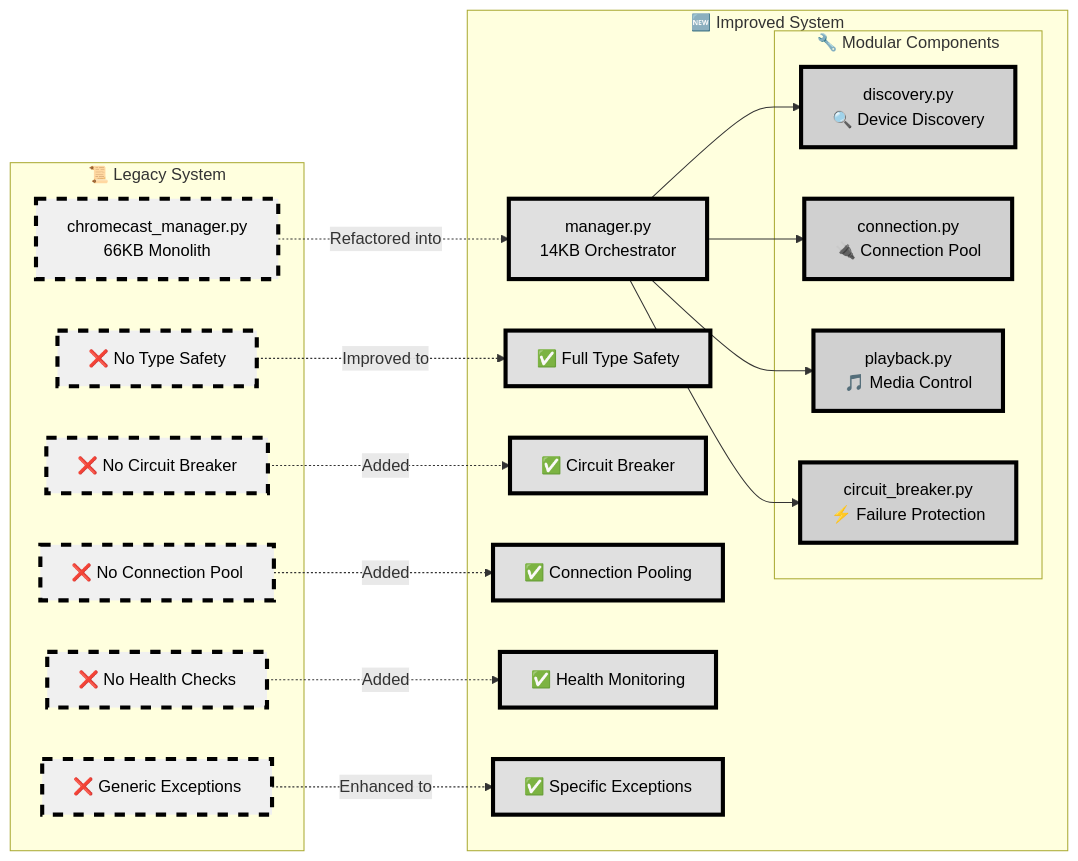
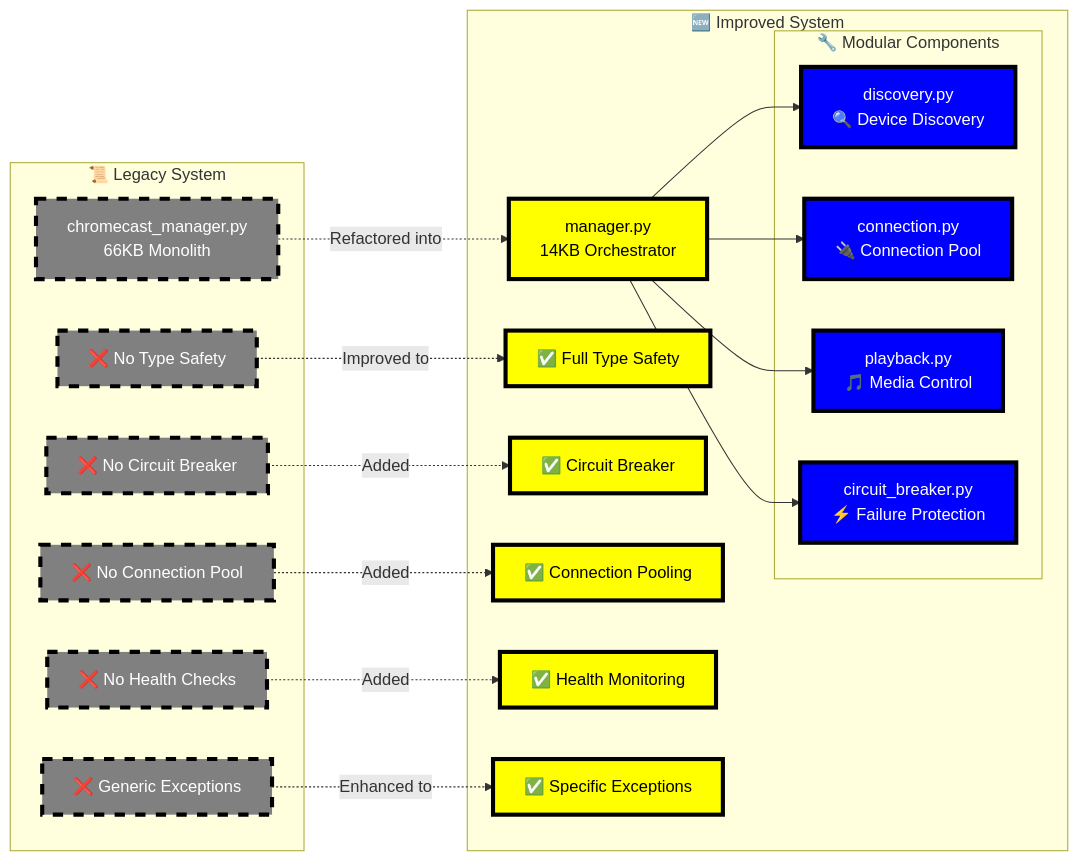
The fourth of 5 diagrams in ARCHITECTURE_MINDMAP.md (shenhab/Automated-Azan), drawn with Mermaid before and after one commit. The commit also changed other lines of this file, not shown here.

First line of the commit message:
Update architecture diagrams with vibrant color palette

````diff
--- a/ARCHITECTURE_MINDMAP.md
+++ b/ARCHITECTURE_MINDMAP.md
@@ -277,49 +277,49 @@
 ```mermaid
 graph LR
     subgraph "📜 Legacy System"
         L1[chromecast_manager.py<br/>66KB Monolith]
         L2[❌ No Type Safety]
         L3[❌ No Circuit Breaker]
         L4[❌ No Connection Pool]
         L5[❌ No Health Checks]
         L6[❌ Generic Exceptions]
     end
 
     subgraph "🆕 Improved System"
         N1[manager.py<br/>14KB Orchestrator]
         N2[✅ Full Type Safety]
         N3[✅ Circuit Breaker]
         N4[✅ Connection Pooling]
         N5[✅ Health Monitoring]
         N6[✅ Specific Exceptions]
 
         subgraph "🔧 Modular Components"
             M1[discovery.py<br/>🔍 Device Discovery]
             M2[connection.py<br/>🔌 Connection Pool]
             M3[playback.py<br/>🎵 Media Control]
             M4[circuit_breaker.py<br/>⚡ Failure Protection]
         end
     end
 
     L1 -.->|"Refactored into"| N1
     N1 --> M1
     N1 --> M2
     N1 --> M3
     N1 --> M4
 
     %% Improvements
     L2 -.->|"Improved to"| N2
     L3 -.->|"Added"| N3
     L4 -.->|"Added"| N4
     L5 -.->|"Added"| N5
     L6 -.->|"Enhanced to"| N6
 
-    %% Color blind accessible high contrast styling
-    classDef legacy fill:#f0f0f0,stroke:#000000,stroke-width:4px,color:#000000,stroke-dasharray:10,5
-    classDef improved fill:#e0e0e0,stroke:#000000,stroke-width:4px,color:#000000
-    classDef modular fill:#d0d0d0,stroke:#000000,stroke-width:4px,color:#000000
+    %% High contrast color styling with specified palette
+    classDef legacy fill:#808080,stroke:#000000,stroke-width:4px,color:#ffffff,stroke-dasharray:10,5
+    classDef improved fill:#ffff00,stroke:#000000,stroke-width:4px,color:#000000
+    classDef modular fill:#0000ff,stroke:#000000,stroke-width:4px,color:#ffffff
 
     class L1,L2,L3,L4,L5,L6 legacy
     class N1,N2,N3,N4,N5,N6 improved
     class M1,M2,M3,M4 modular
 ```
````
